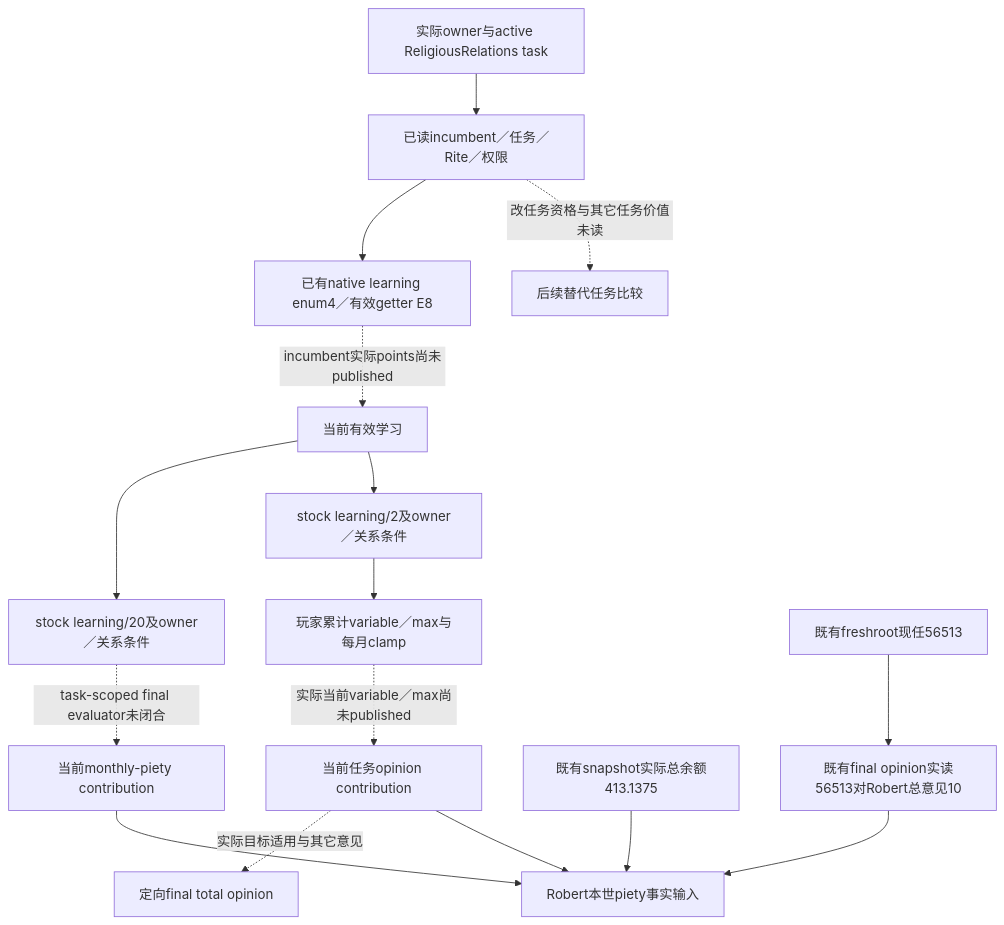
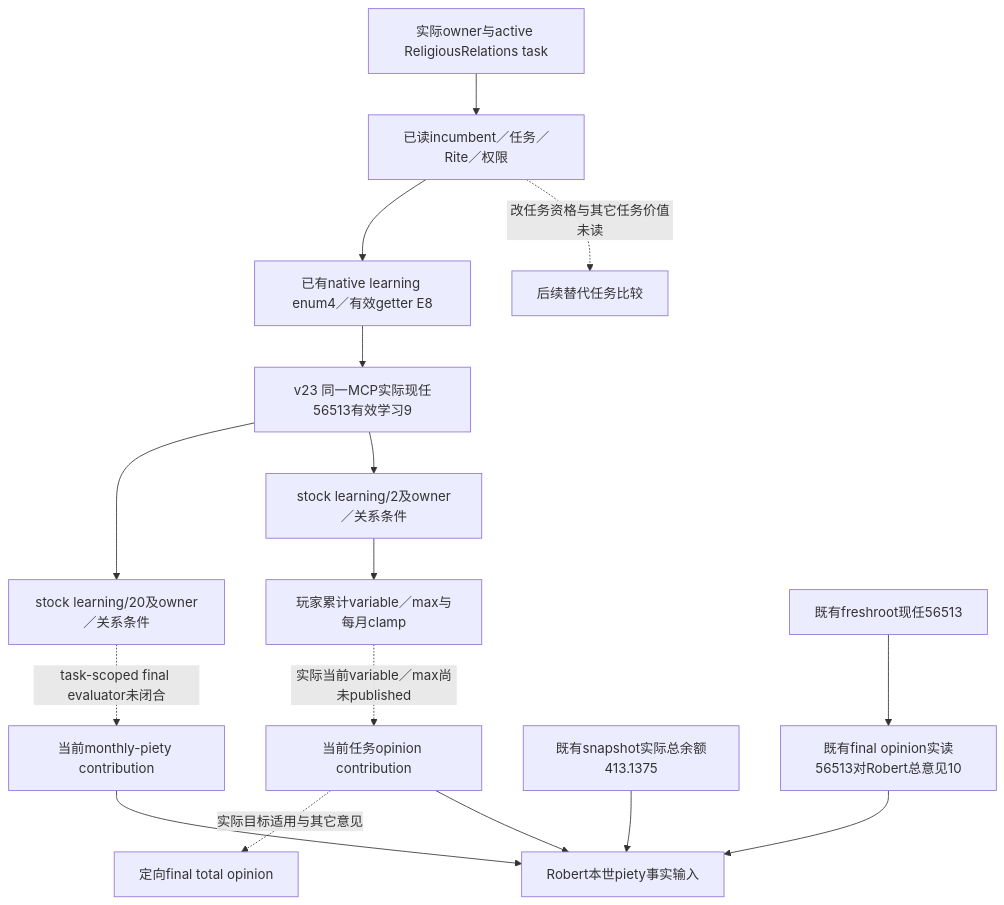
Before and after one commit to XenoAmess/ck3_eternal_recurrence: the diagram in docs/ck3-native-ai/religious-relations-task-value-native-ai-12003.md, drawn with Mermaid. The commit also changed other lines of this file and 14 other files, not shown here.

````diff
--- a/docs/ck3-native-ai/religious-relations-task-value-native-ai-12003.md
+++ b/docs/ck3-native-ai/religious-relations-task-value-native-ai-12003.md
@@ -63,18 +63,18 @@
 ```mermaid
 flowchart TD
     A[实际owner与active ReligiousRelations task] --> I[已读incumbent／任务／Rite／权限]
     I --> L[已有native learning enum4／有效getter E8]
-    L -. incumbent实际points尚未published .-> LP[当前有效学习]
+    L --> LP[v23 同一MCP实际现任56513有效学习9]
     LP --> P[stock learning/20及owner／关系条件]
     LP --> O[stock learning/2及owner／关系条件]
     P -. task-scoped final evaluator未闭合 .-> PV[当前monthly-piety contribution]
     O --> V[玩家累计variable／max与每月clamp]
     V -. 实际当前variable／max尚未published .-> OV[当前任务opinion contribution]
     OV -. 实际目标适用与其它意见 .-> TO[定向final total opinion]
     PV --> D[Robert本世piety事实输入]
     OV --> D
     SB[既有snapshot实际总余额413.1375] --> D
     RO[既有freshroot现任56513] --> PO[既有final opinion实读56513对Robert总意见10]
     PO --> D
     I -. 改任务资格与其它任务价值未读 .-> X[后续替代任务比较]
 ```
````
